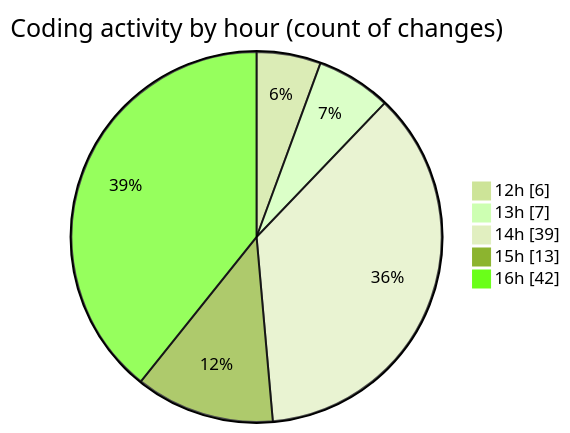
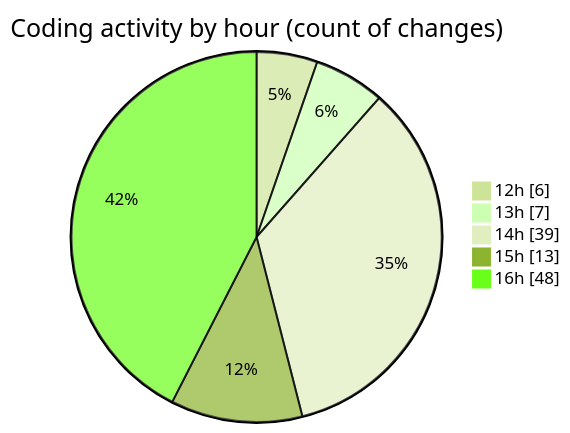
One commit to nxtqubesakshisongat/code-tracking changed the second of 2 diagrams in 2025-05-26/nxtqube_webapp/README.md. Above: the diagram before and after it, drawn with Mermaid (forest theme). The commit also changed other lines of this file and 1 other file, not shown here.

````diff
--- a/2025-05-26/nxtqube_webapp/README.md
+++ b/2025-05-26/nxtqube_webapp/README.md
@@ -30,9 +30,9 @@
 ```mermaid
 pie showData
 title Coding activity by hour (count of changes)
 "12h" : 6
 "13h" : 7
 "14h" : 39
 "15h" : 13
-"16h" : 42
+"16h" : 48
 ```
````
